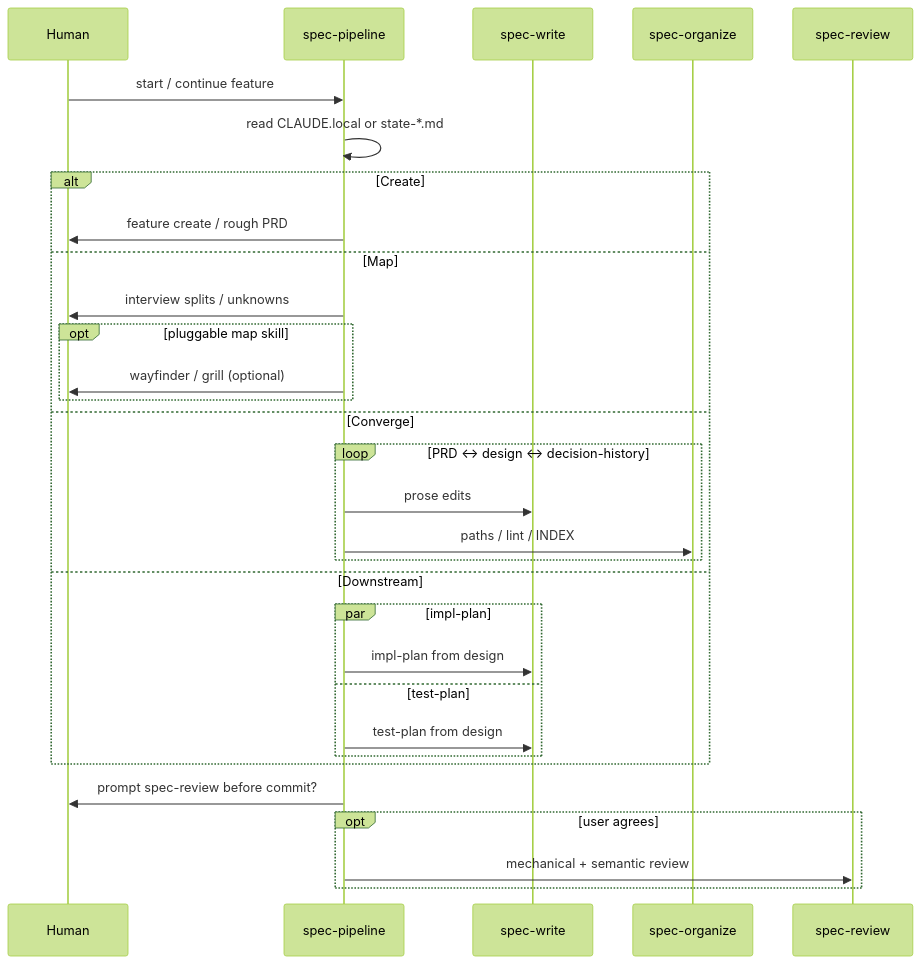
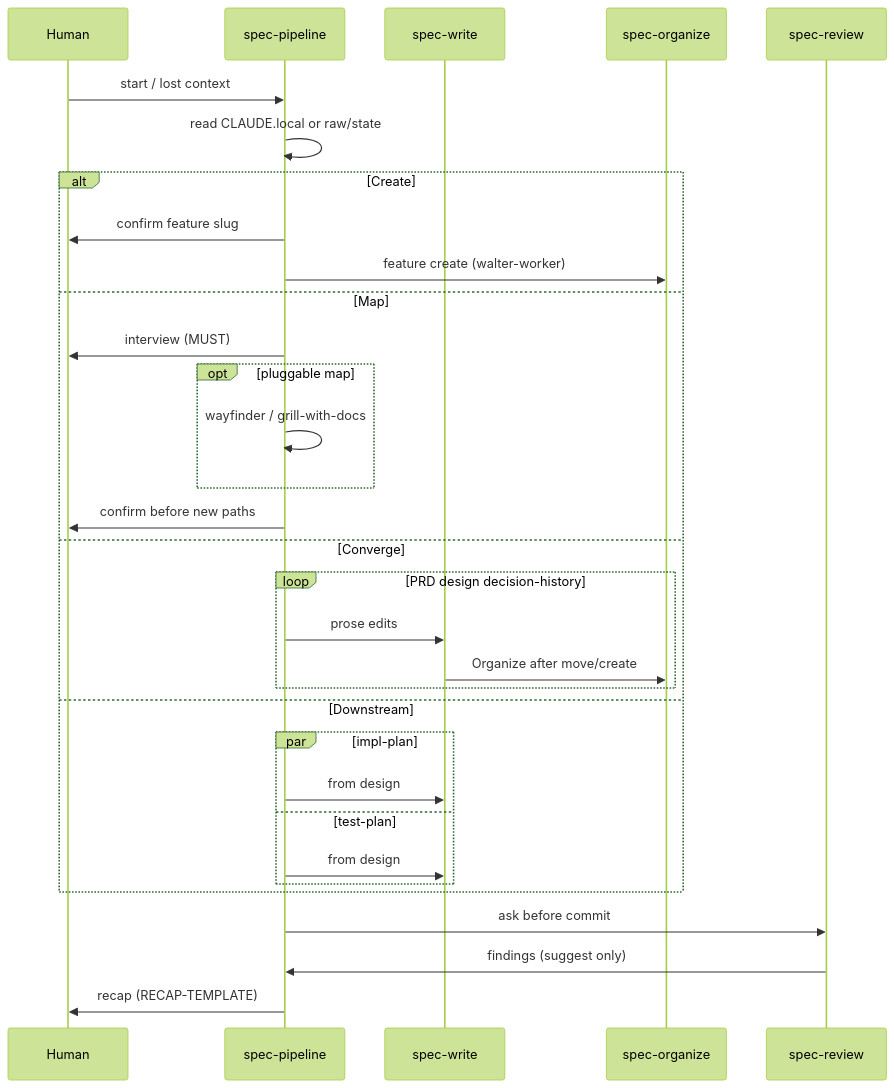
Before and after one commit to cicidi/the-super-lab: the first of 3 diagrams in skills/spec-pipeline/SEQUENCE.md, drawn with Mermaid (forest theme). The commit also changed other lines of this file and 91 other files, not shown here.

````diff
--- a/skills/spec-pipeline/SEQUENCE.md
+++ b/skills/spec-pipeline/SEQUENCE.md
@@ -7,34 +7,35 @@
 ```mermaid
 sequenceDiagram
-    participant U as Human
-    participant P as spec-pipeline
-    participant W as spec-write
-    participant O as spec-organize
-    participant R as spec-review
+  participant U as Human
+  participant P as spec-pipeline
+  participant W as spec-write
+  participant O as spec-organize
+  participant R as spec-review
 
-    U->>P: start / continue feature
-    P->>P: read CLAUDE.local or state-*.md
-    alt Create
-        P->>U: feature create / rough PRD
-    else Map
-        P->>U: interview splits / unknowns
-        opt pluggable map skill
-            P->>U: wayfinder / grill (optional)
-        end
-    else Converge
-        loop PRD ↔ design ↔ decision-history
-            P->>W: prose edits
-            P->>O: paths / lint / INDEX
-        end
-    else Downstream
-        par impl-plan
-            P->>W: impl-plan from design
-        and test-plan
-            P->>W: test-plan from design
-        end
+  U->>P: start / lost context
+  P->>P: read CLAUDE.local or raw/state
+  alt Create
+    P->>U: confirm feature slug
+    P->>O: feature create (walter-worker)
+  else Map
+    P->>U: interview (MUST)
+    opt pluggable map
+      P->>P: wayfinder / grill-with-docs
     end
-    P->>U: prompt spec-review before commit?
-    opt user agrees
-        P->>R: mechanical + semantic review
+    P->>U: confirm before new paths
+  else Converge
+    loop PRD design decision-history
+      P->>W: prose edits
+      W->>O: Organize after move/create
     end
+  else Downstream
+    par impl-plan
+      P->>W: from design
+    and test-plan
+      P->>W: from design
+    end
+  end
+  P->>R: ask before commit
+  R->>P: findings (suggest only)
+  P->>U: recap (RECAP-TEMPLATE)
 ```
````
